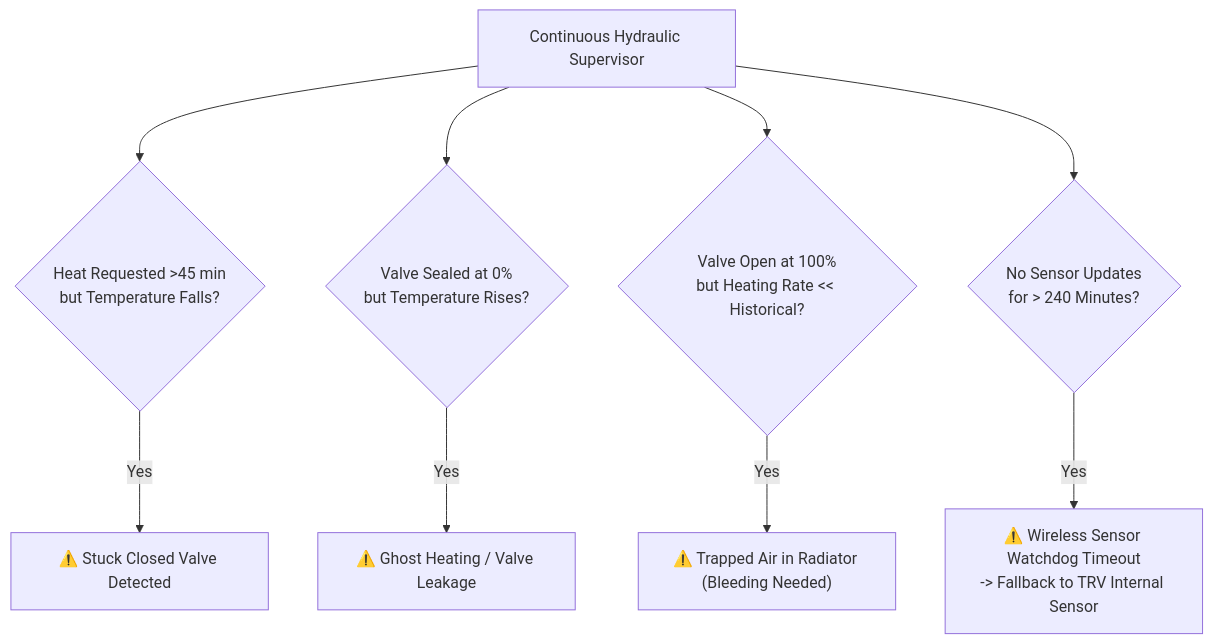
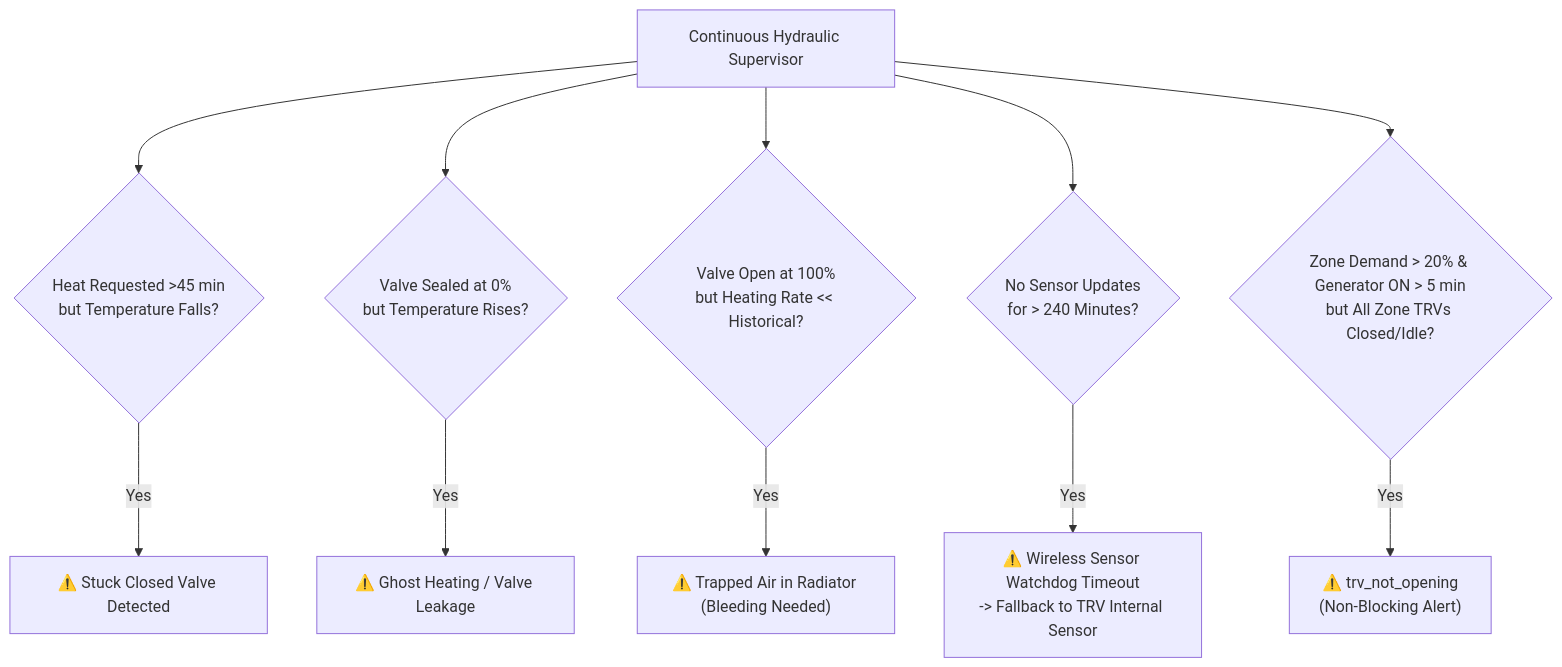
The diagram in docs/wiki/diagnostics_safety.md (alex-military/multizone-thermostat), drawn with Mermaid before and after one commit. The commit also changed other lines of this file and 41 other files, not shown here.

Commit message:
feat(trv,pid): 3-layer TRV architecture, Auto EMA seed UI & PID baseline fixes (v6.0.22)

````diff
--- a/docs/wiki/diagnostics_safety.md
+++ b/docs/wiki/diagnostics_safety.md
@@ -13,15 +13,18 @@
 ```mermaid
 flowchart TD
     Diagnosi["Continuous Hydraulic Supervisor"]
     Diagnosi --> CheckBlocco{"Heat Requested >45 min<br>but Temperature Falls?"}
     CheckBlocco -->|Yes| AllarmeBlocco["⚠️ Stuck Closed Valve Detected"]
     
     Diagnosi --> CheckTrafilamento{"Valve Sealed at 0%<br>but Temperature Rises?"}
     CheckTrafilamento -->|Yes| AllarmeTrafilamento["⚠️ Ghost Heating / Valve Leakage"]
     
     Diagnosi --> CheckAria{"Valve Open at 100%<br>but Heating Rate << Historical?"}
     CheckAria -->|Yes| AllarmeAria["⚠️ Trapped Air in Radiator (Bleeding Needed)"]
     
     Diagnosi --> CheckSonda{"No Sensor Updates<br>for > 240 Minutes?"}
     CheckSonda -->|Yes| AllarmeSonda["⚠️ Wireless Sensor Watchdog Timeout<br>-> Fallback to TRV Internal Sensor"]
+    
+    Diagnosi --> CheckTrvOpen{"Zone Demand > 20% & Generator ON > 5 min<br>but All Zone TRVs Closed/Idle?"}
+    CheckTrvOpen -->|Yes| AllarmeTrvOpen["⚠️ trv_not_opening<br>(Non-Blocking Alert)"]
 ```
````
